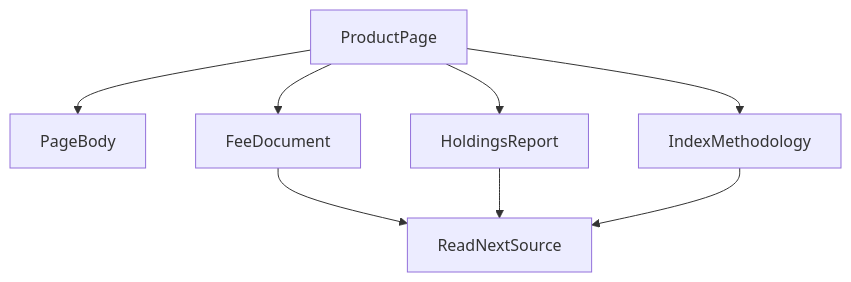
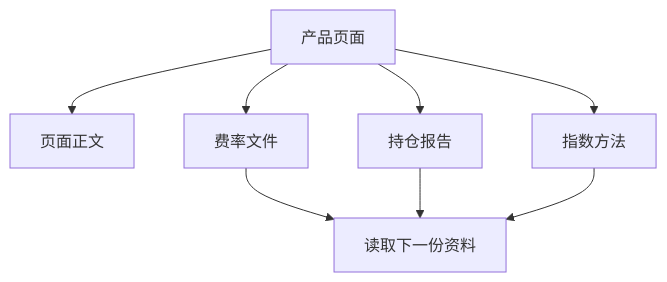
One commit to hpoenixf/eff-agent-article changed the fifth of 10 diagrams in articles/021-agent-web-research-from-search-to-deep-reading.md. Above: the diagram before and after it, drawn with Mermaid. The commit also changed other lines of this file and 52 other files, not shown here.

Commit message:
docs: localize diagrams and clarify flagship guides

````diff
--- a/articles/021-agent-web-research-from-search-to-deep-reading.md
+++ b/articles/021-agent-web-research-from-search-to-deep-reading.md
@@ -146,10 +146,10 @@
 ```mermaid
 graph TD
-ProductPage --> PageBody
-ProductPage --> FeeDocument
-ProductPage --> HoldingsReport
-ProductPage --> IndexMethodology
-FeeDocument --> ReadNextSource
+ProductPage["产品页面"] --> PageBody["页面正文"]
+ProductPage --> FeeDocument["费率文件"]
+ProductPage --> HoldingsReport["持仓报告"]
+ProductPage --> IndexMethodology["指数方法"]
+FeeDocument --> ReadNextSource["读取下一份资料"]
 HoldingsReport --> ReadNextSource
 IndexMethodology --> ReadNextSource
 ```
````
